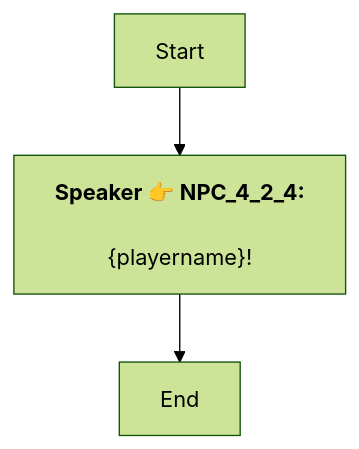
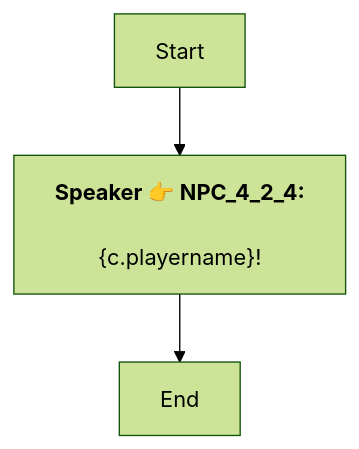
Before and after one commit to SoftHu/tos_avg: the diagram in En/Dialog_55283476474852.md, drawn with Mermaid (forest theme). The commit also changed 410 other files, not shown here.

````diff
--- a/En/Dialog_55283476474852.md
+++ b/En/Dialog_55283476474852.md
@@ -1,7 +1,7 @@
 ```mermaid
 graph
 Start -->1769071334958115[<b>Speaker 👉 NPC_4_2_4:</b>
-\n&lbrace;playername&rbrace;!]
+\n&lbrace;c.playername&rbrace;!]
 1769071334958115 -->1769071338862628[End]
 
 ```
````
